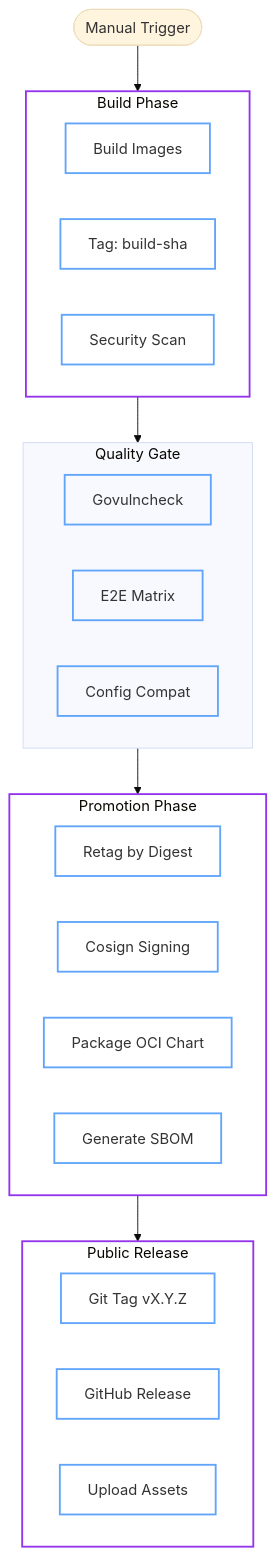
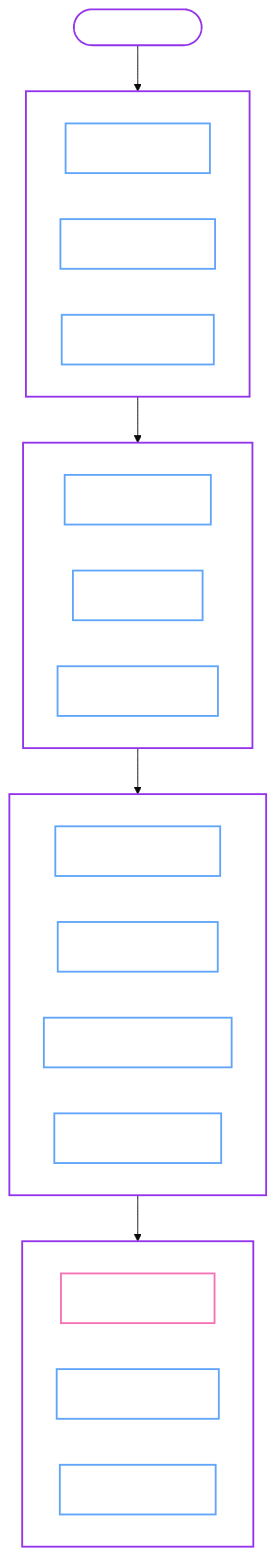
One commit to dc-tec/openbao-operator changed the diagram in docs/contributing/release-management.md. Above: the diagram before and after it, drawn with Mermaid (base theme). The commit also changed 48 other files, not shown here.

````diff
--- a/docs/contributing/release-management.md
+++ b/docs/contributing/release-management.md
@@ -9,39 +9,42 @@
 ```mermaid
 graph TD
     Start([Manual Trigger]) --> Build
     
     subgraph Build [Build Phase]
         Img[Build Images]
         Tag[Tag: build-sha]
         Scan[Security Scan]
     end
 
     subgraph Gate [Quality Gate]
         Vuln[Govulncheck]
         Test[E2E Matrix]
         Compat[Config Compat]
     end
 
     subgraph Promote [Promotion Phase]
         Retag[Retag by Digest]
         Sign[Cosign Signing]
         Chart[Package OCI Chart]
         SBOM[Generate SBOM]
     end
 
     subgraph Publish [Public Release]
         Git[Git Tag vX.Y.Z]
         GH[GitHub Release]
         Asset[Upload Assets]
     end
 
     Build --> Gate
     Gate --> Promote
     Promote --> Publish
 
-    classDef phase fill:transparent,stroke:#9333ea,stroke-width:2px;
-    classDef step fill:transparent,stroke:#60a5fa,stroke-width:2px;
+    classDef process fill:transparent,stroke:#9333ea,stroke-width:2px,color:#fff;
+    classDef read fill:transparent,stroke:#60a5fa,stroke-width:2px,color:#fff;
+    classDef write fill:transparent,stroke:#22c55e,stroke-width:2px,color:#fff;
+    classDef git fill:transparent,stroke:#f472b6,stroke-width:2px,color:#fff;
     
-    class Build,Promote,Publish phase;
-    class Img,Tag,Scan,Vuln,Test,Compat,Retag,Sign,Chart,SBOM,Git,GH,Asset step;
+    class Start,Build,Gate,Promote,Publish process;
+    class Img,Tag,Scan,Vuln,Test,Compat,Retag,Sign,Chart,SBOM,GH,Asset read;
+    class Git git;
 ```
````
